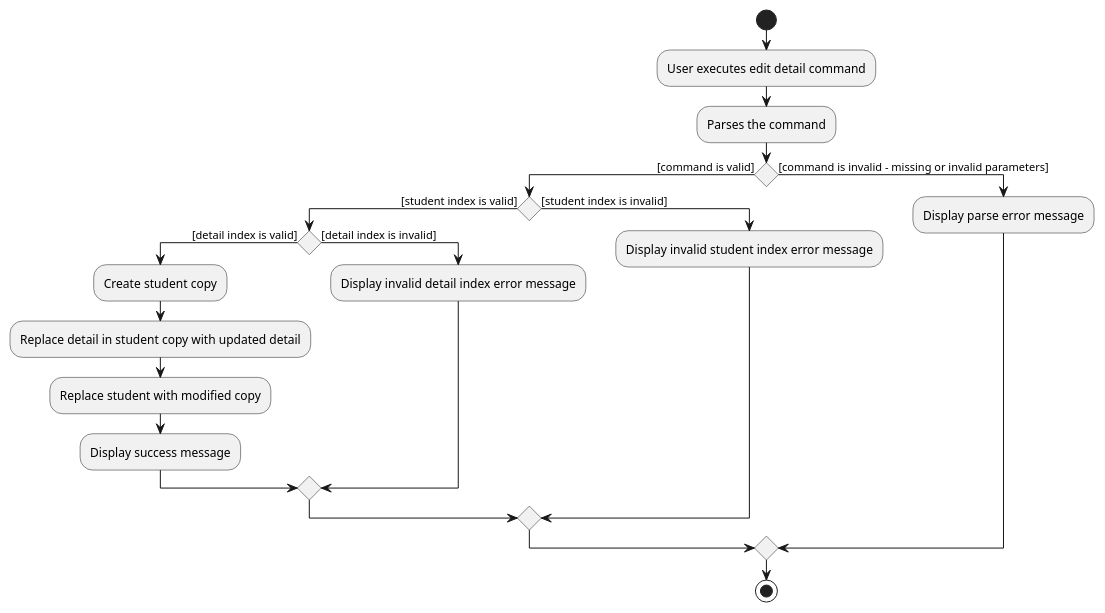
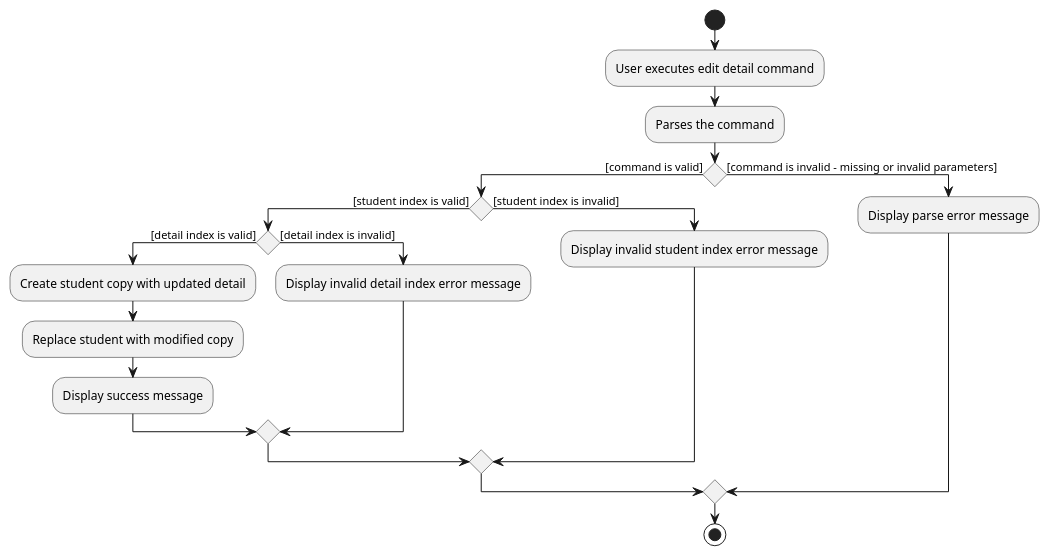
One commit to nus-cs2103-AY2021S1/tp changed the diagram in docs/diagrams/EditDetailActivityDiagram.puml. Above: the diagram before and after it, drawn with PlantUML. The commit also changed 12 other files, not shown here.

Commit message:
Add and edit detail diagrams

```diff
--- a/docs/diagrams/EditDetailActivityDiagram.puml
+++ b/docs/diagrams/EditDetailActivityDiagram.puml
@@ -1,22 +1,21 @@
 @startuml
 start
 :User executes edit detail command;
 :Parses the command;
 if() then([command is valid])
     if() then([student index is valid])
         if() then([detail index is valid])
-            :Create student copy;
-            :Replace detail in student copy with updated detail;
+            :Create student copy with updated detail;
             :Replace student with modified copy;
             :Display success message;
         else([detail index is invalid])
             :Display invalid detail index error message;
         endif
     else([student index is invalid])
         :Display invalid student index error message;
     endif
 else ([command is invalid - missing or invalid parameters])
     :Display parse error message;
 endif
 stop
 @enduml
```
